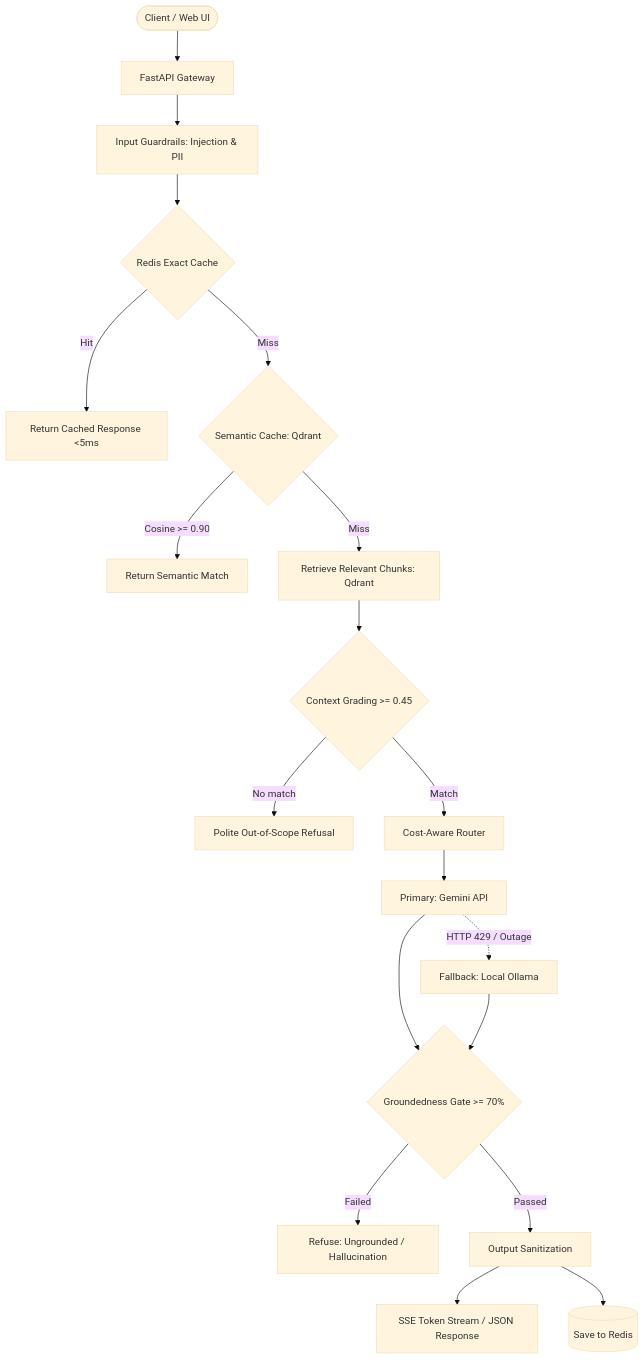
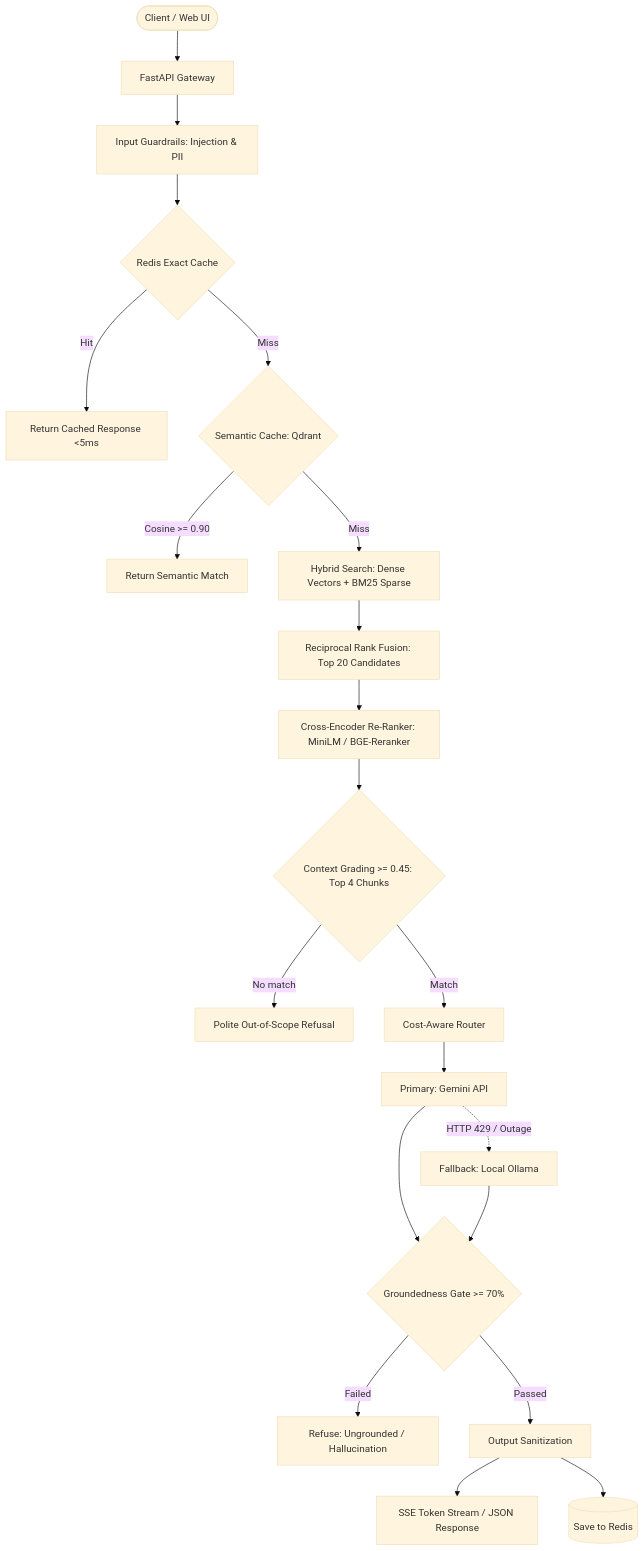
One commit to sentinelai-org/sentinel changed the diagram in README.md. Above: the diagram before and after it, drawn with Mermaid (base theme). The commit also changed other lines of this file and 14 other files, not shown here.

````diff
--- a/README.md
+++ b/README.md
@@ -11,29 +11,32 @@
 ```mermaid
 flowchart TD
     Client([Client / Web UI]) --> Ingress[FastAPI Gateway]
     
     Ingress --> Guard[Input Guardrails: Injection & PII]
     Guard --> Cache{Redis Exact Cache}
     
     Cache -->|Hit| ReturnCache[Return Cached Response <5ms]
     Cache -->|Miss| SemanticCache{Semantic Cache: Qdrant}
     
     SemanticCache -->|Cosine >= 0.90| ReturnSemantic[Return Semantic Match]
-    SemanticCache -->|Miss| Retrieve[Retrieve Relevant Chunks: Qdrant]
+    SemanticCache -->|Miss| Hybrid[Hybrid Search: Dense Vectors + BM25 Sparse]
     
-    Retrieve --> Grade{Context Grading >= 0.45}
+    Hybrid --> RRF[Reciprocal Rank Fusion: Top 20 Candidates]
+    RRF --> Rerank[Cross-Encoder Re-Ranker: MiniLM / BGE-Reranker]
+    Rerank --> Grade{Context Grading >= 0.45: Top 4 Chunks}
+    
     Grade -->|No match| Refusal[Polite Out-of-Scope Refusal]
     Grade -->|Match| Route[Cost-Aware Router]
     
     Route --> Gemini[Primary: Gemini API]
     Gemini -.->|HTTP 429 / Outage| Ollama[Fallback: Local Ollama]
     
     Gemini --> Gate{Groundedness Gate >= 70%}
     Ollama --> Gate
     
     Gate -->|Failed| Block[Refuse: Ungrounded / Hallucination]
     Gate -->|Passed| OutputGuard[Output Sanitization]
     
     OutputGuard --> Stream[SSE Token Stream / JSON Response]
     OutputGuard --> SaveCache[(Save to Redis)]
 ```
````
